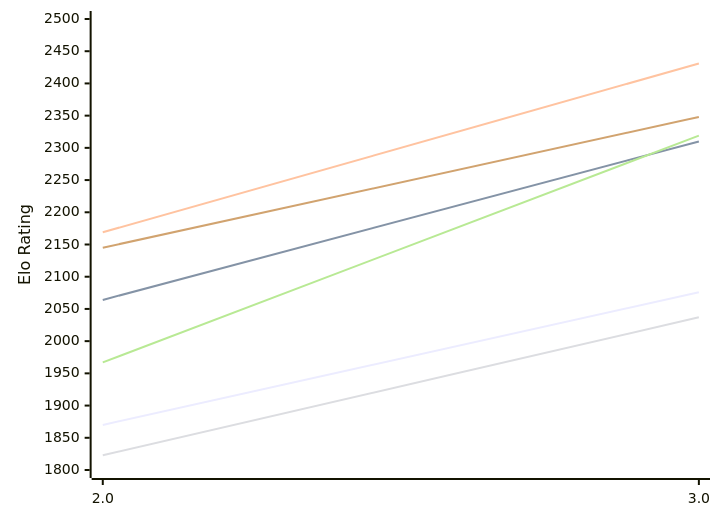
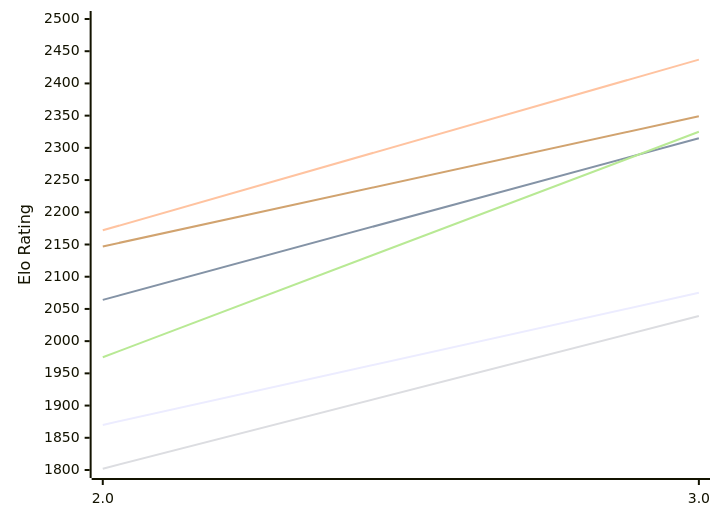
One commit to computer-chess-index/cci changed the first of 2 diagrams in engines/Zeno.md. Above: the diagram before and after it, drawn with Mermaid. The commit also changed other lines of this file, not shown here.

Commit message:
Update CCI Ratings (ELO VLTC) - 2026-11-20

````diff
--- a/engines/Zeno.md
+++ b/engines/Zeno.md
@@ -50,12 +50,12 @@
 ```mermaid
 %%{init: {"theme":"base","themeVariables":{"seriesColors:['#a3a3a3','#222221','#faa371']}}}%%
 xychart-beta
   x-axis ["2.0", "3.0"]
   y-axis "Elo Rating" 1800 --> 2500
-  line "E1: STC (8.0+0.08s)" [1870, 2076]
-  line "E1: LTC (60.0+0.60s)" [2064, 2310]
-  line "E1: VLTC (2m24s+1.12s)" [2169, 2431]
-  line "P1: STC (8.0+0.08s)" [1823, 2037]
-  line "P1: LTC (60.0+0.60s)" [1967, 2319]
-  line "P1: VLTC (2m24s+1.12s)" [2145, 2348]
+  line "E1: STC (8.0+0.08s)" [1870, 2075]
+  line "E1: LTC (60.0+0.60s)" [2064, 2315]
+  line "E1: VLTC (2m24s+1.12s)" [2172, 2437]
+  line "P1: STC (8.0+0.08s)" [1802, 2039]
+  line "P1: LTC (60.0+0.60s)" [1975, 2325]
+  line "P1: VLTC (2m24s+1.12s)" [2147, 2349]
 ```
````
